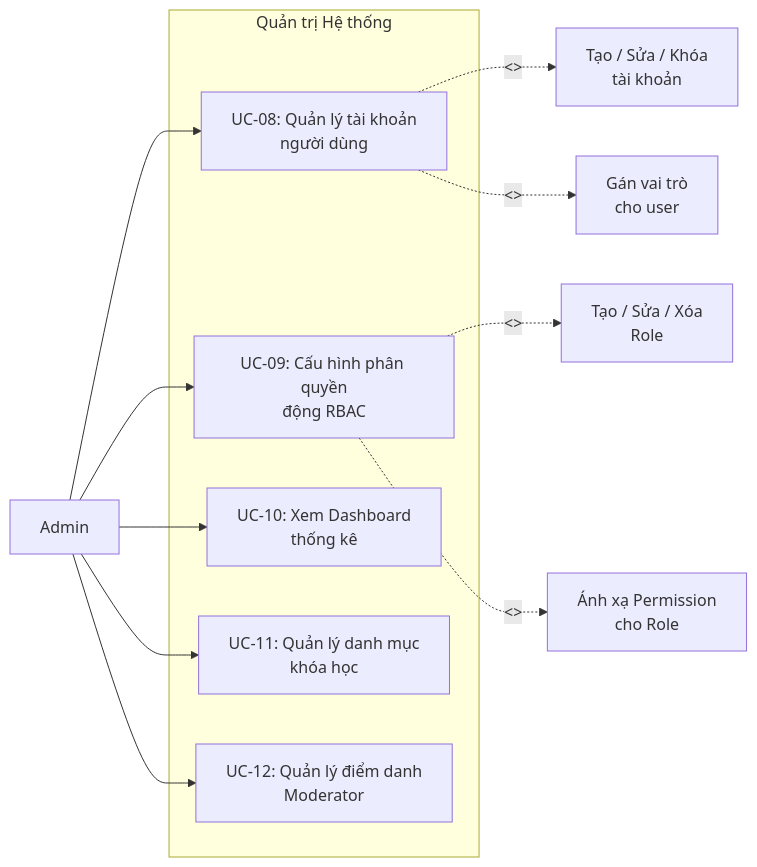
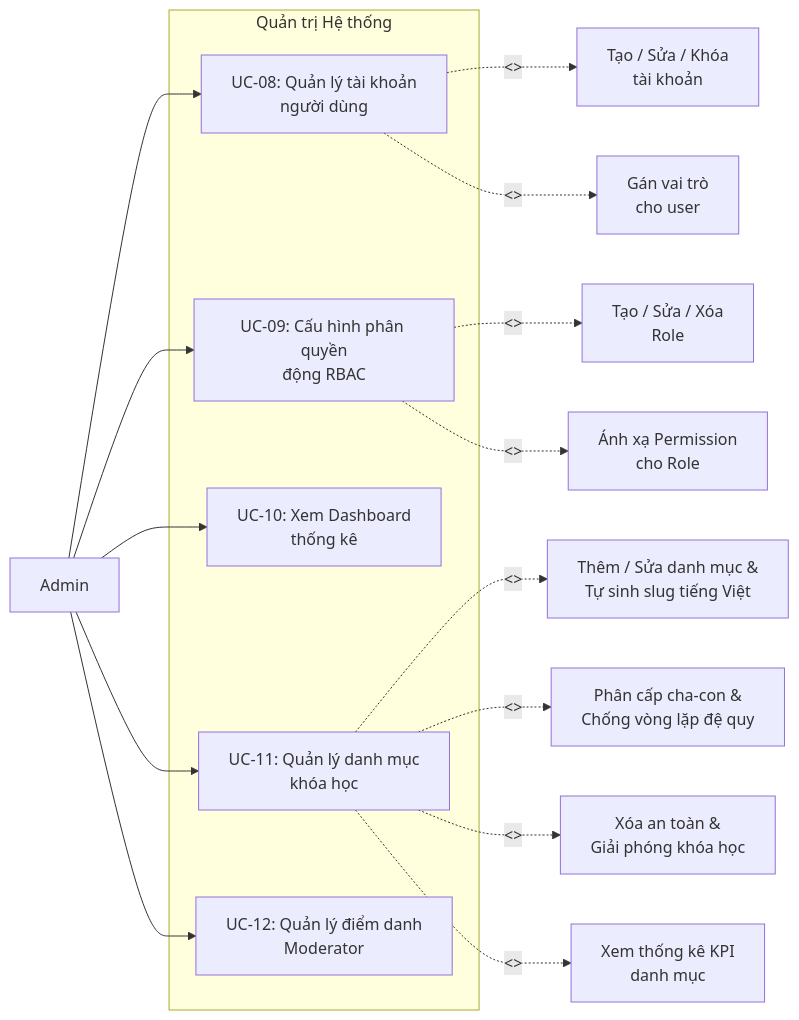
One commit to TienNguyen23-12/utelearn-platform changed the diagram in docs/usecases/UC02_QuanTriHeThong.md. Above: the diagram before and after it, drawn with Mermaid. The commit also changed other lines of this file and 2 other files, not shown here.

Commit message:
docs(usecase): sync diagrams with dynamic cohort lifecycle state machine and category crud

````diff
--- a/docs/usecases/UC02_QuanTriHeThong.md
+++ b/docs/usecases/UC02_QuanTriHeThong.md
@@ -5,23 +5,27 @@
 ```mermaid
 graph LR
     Admin["Admin"]
 
     subgraph UC_Admin["Quản trị Hệ thống"]
         UC08["UC-08: Quản lý tài khoản<br/>người dùng"]
         UC09["UC-09: Cấu hình phân quyền<br/>động RBAC"]
         UC10["UC-10: Xem Dashboard<br/>thống kê"]
         UC11["UC-11: Quản lý danh mục<br/>khóa học"]
         UC12["UC-12: Quản lý điểm danh<br/>Moderator"]
     end
 
     Admin --> UC08
     Admin --> UC09
     Admin --> UC10
     Admin --> UC11
     Admin --> UC12
 
     UC08 -.->|"<<includes>>"| UC08a["Tạo / Sửa / Khóa<br/>tài khoản"]
     UC08 -.->|"<<includes>>"| UC08b["Gán vai trò<br/>cho user"]
     UC09 -.->|"<<includes>>"| UC09a["Tạo / Sửa / Xóa<br/>Role"]
     UC09 -.->|"<<includes>>"| UC09b["Ánh xạ Permission<br/>cho Role"]
+    UC11 -.->|"<<includes>>"| UC11a["Thêm / Sửa danh mục &<br/>Tự sinh slug tiếng Việt"]
+    UC11 -.->|"<<includes>>"| UC11b["Phân cấp cha-con &<br/>Chống vòng lặp đệ quy"]
+    UC11 -.->|"<<includes>>"| UC11c["Xóa an toàn &<br/>Giải phóng khóa học"]
+    UC11 -.->|"<<includes>>"| UC11d["Xem thống kê KPI<br/>danh mục"]
 ```
````
